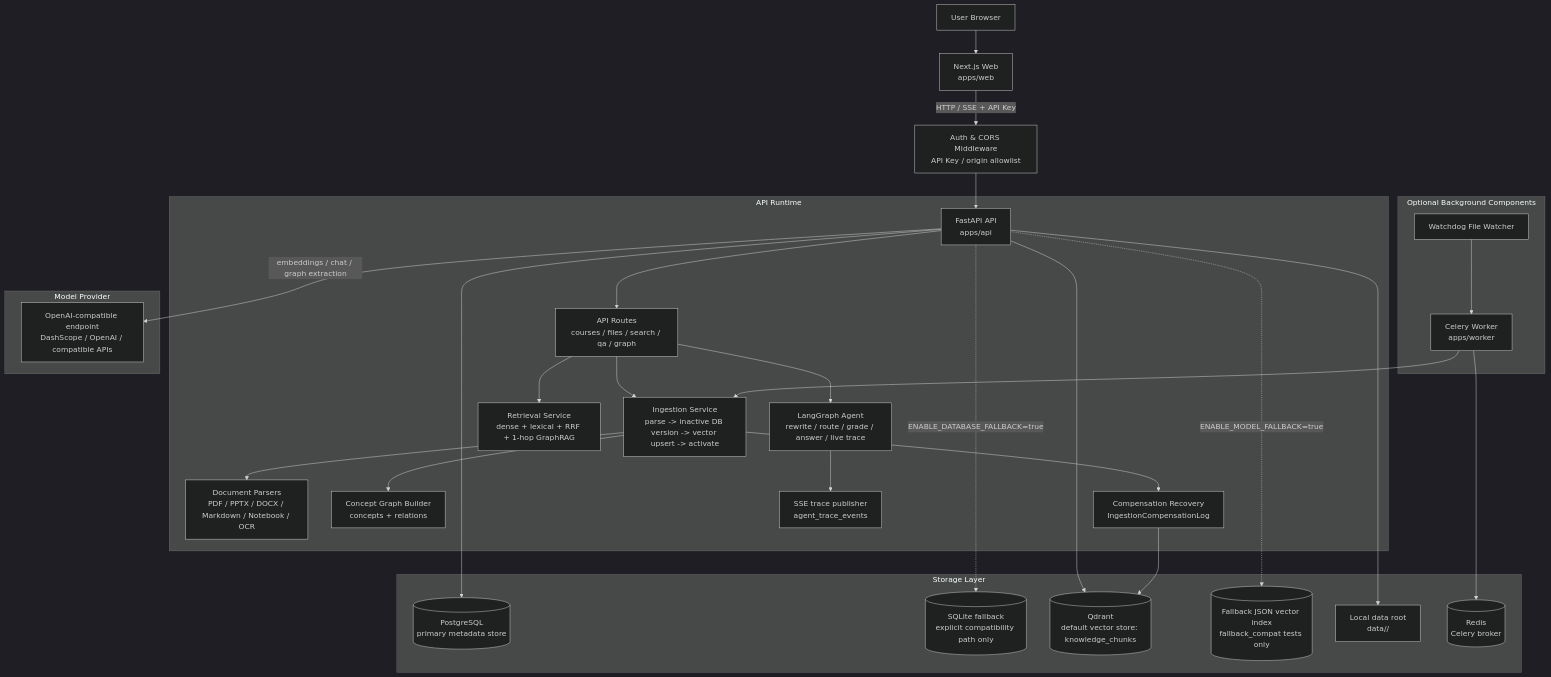
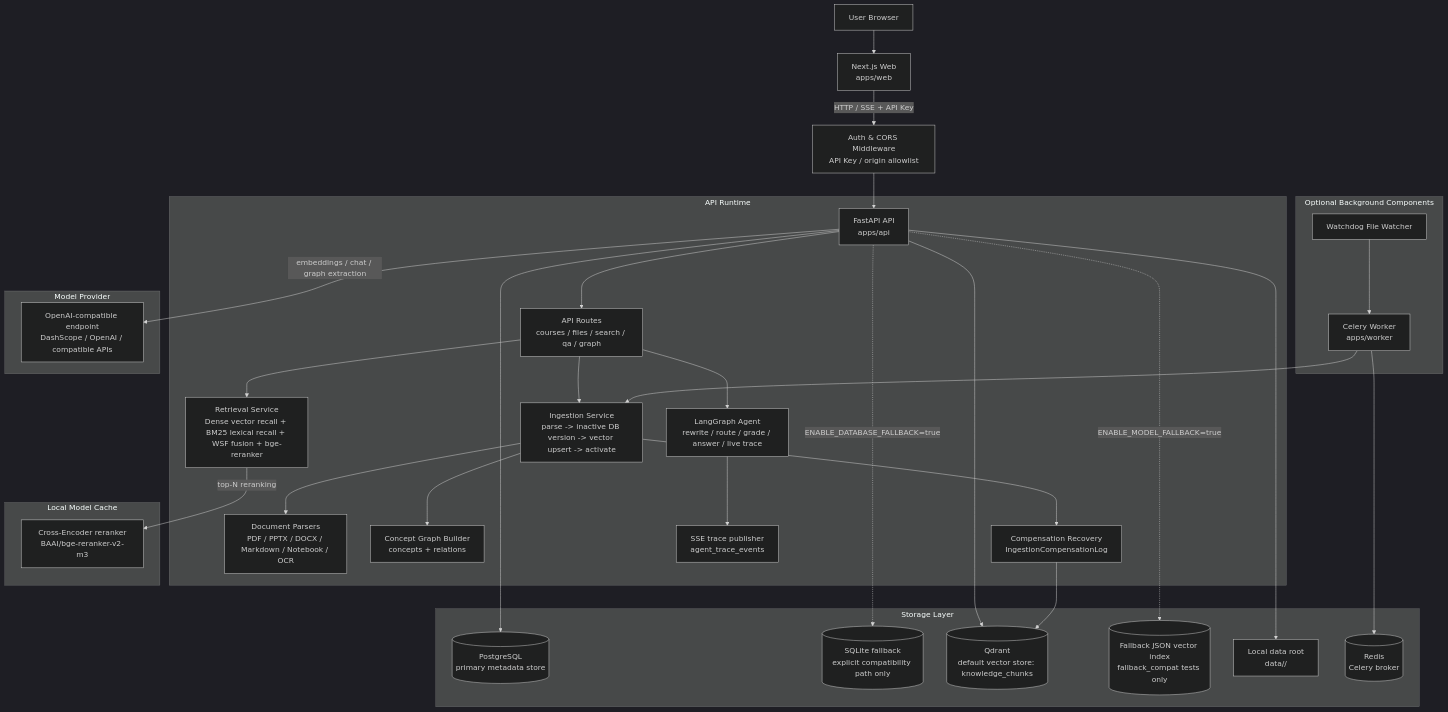
The first of 6 diagrams in README.en.md (Sggggt/DialoGraph), drawn with Mermaid (dark theme) before and after one commit. The commit also changed other lines of this file and 8 other files, not shown here.

Commit message:
feat: 检索架构已升级为Dense + BM25 + WSF + bge-reranker，GraphRAG待升级

````diff
--- a/README.en.md
+++ b/README.en.md
@@ -11,45 +11,50 @@
 ```mermaid
 flowchart TB
     U["User Browser"] --> W["Next.js Web<br/>apps/web"]
     W -->|HTTP / SSE + API Key| SECURITY["Auth & CORS Middleware<br/>API Key / origin allowlist"]
     SECURITY --> API["FastAPI API<br/>apps/api"]
 
     subgraph API_RUNTIME["API Runtime"]
         API --> ROUTES["API Routes<br/>courses / files / search / qa / graph"]
         ROUTES --> INGEST["Ingestion Service<br/>parse -> inactive DB version -> vector upsert -> activate"]
-        ROUTES --> RETRIEVAL["Retrieval Service<br/>dense + lexical + RRF + 1-hop GraphRAG"]
+        ROUTES --> RETRIEVAL["Retrieval Service<br/>Dense vector recall + BM25 lexical recall + WSF fusion + bge-reranker"]
         ROUTES --> AGENT["LangGraph Agent<br/>rewrite / route / grade / answer / live trace"]
         INGEST --> PARSERS["Document Parsers<br/>PDF / PPTX / DOCX / Markdown / Notebook / OCR"]
         INGEST --> GRAPH["Concept Graph Builder<br/>concepts + relations"]
         INGEST --> COMP["Compensation Recovery<br/>IngestionCompensationLog"]
         AGENT --> TRACE["SSE trace publisher<br/>agent_trace_events"]
     end
 
     subgraph WORKERS["Optional Background Components"]
         CELERY["Celery Worker<br/>apps/worker"] --> INGEST
         WATCHER["Watchdog File Watcher"] --> CELERY
     end
 
     subgraph STORES["Storage Layer"]
         DB[("PostgreSQL<br/>primary metadata store")]
         SQLITE[("SQLite fallback<br/>explicit compatibility path only")]
         QDRANT[("Qdrant<br/>default vector store: knowledge_chunks")]
         FALLBACK[("Fallback JSON vector index<br/>fallback_compat tests only")]
         FS["Local data root<br/>data/<Course Name>/"]
         REDIS[("Redis<br/>Celery broker")]
     end
 
     API --> DB
     API -. "ENABLE_DATABASE_FALLBACK=true" .-> SQLITE
     API --> QDRANT
     COMP --> QDRANT
     API -. "ENABLE_MODEL_FALLBACK=true" .-> FALLBACK
     API --> FS
     CELERY --> REDIS
 
     subgraph MODEL["Model Provider"]
         LLM["OpenAI-compatible endpoint<br/>DashScope / OpenAI / compatible APIs"]
     end
 
+    subgraph LOCAL_MODEL["Local Model Cache"]
+        RERANKER["Cross-Encoder reranker<br/>BAAI/bge-reranker-v2-m3"]
+    end
+
     API -->|embeddings / chat / graph extraction| LLM
+    RETRIEVAL -->|top-N reranking| RERANKER
 ```
````
